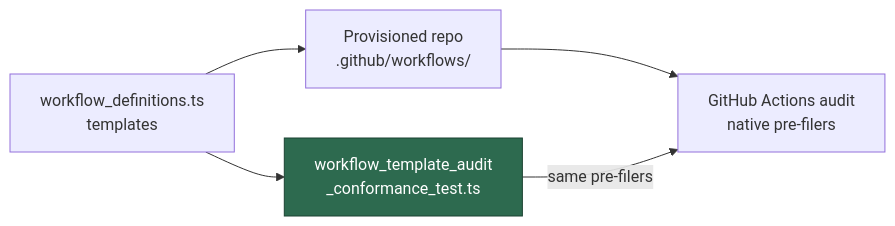
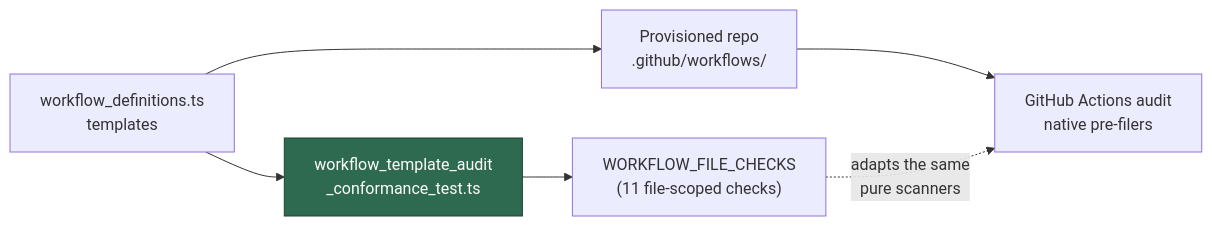
Before and after one commit to stSoftwareAU/VibeCoder: the third of 5 diagrams in docs/EXTENDING.md, drawn with Mermaid. The commit also changed other lines of this file and 10 other files, not shown here.

First line of the commit message:
Run every file-scoped audit check over the workflow templates (Issue #1822) (#1839)

````diff
--- a/docs/EXTENDING.md
+++ b/docs/EXTENDING.md
@@ -320,8 +325,9 @@
 ```mermaid
 flowchart LR
     T["workflow_definitions.ts<br/>templates"] --> R["Provisioned repo<br/>.github/workflows/"]
     R --> A["GitHub Actions audit<br/>native pre-filers"]
     T --> C["workflow_template_audit<br/>_conformance_test.ts"]
-    C -- "same pre-filers" --> A
+    C --> K["WORKFLOW_FILE_CHECKS<br/>(11 file-scoped checks)"]
+    K -. "adapts the same<br/>pure scanners" .-> A
     style C fill:#2d6a4f,stroke:#1b4332,color:#fff
 ```
````
